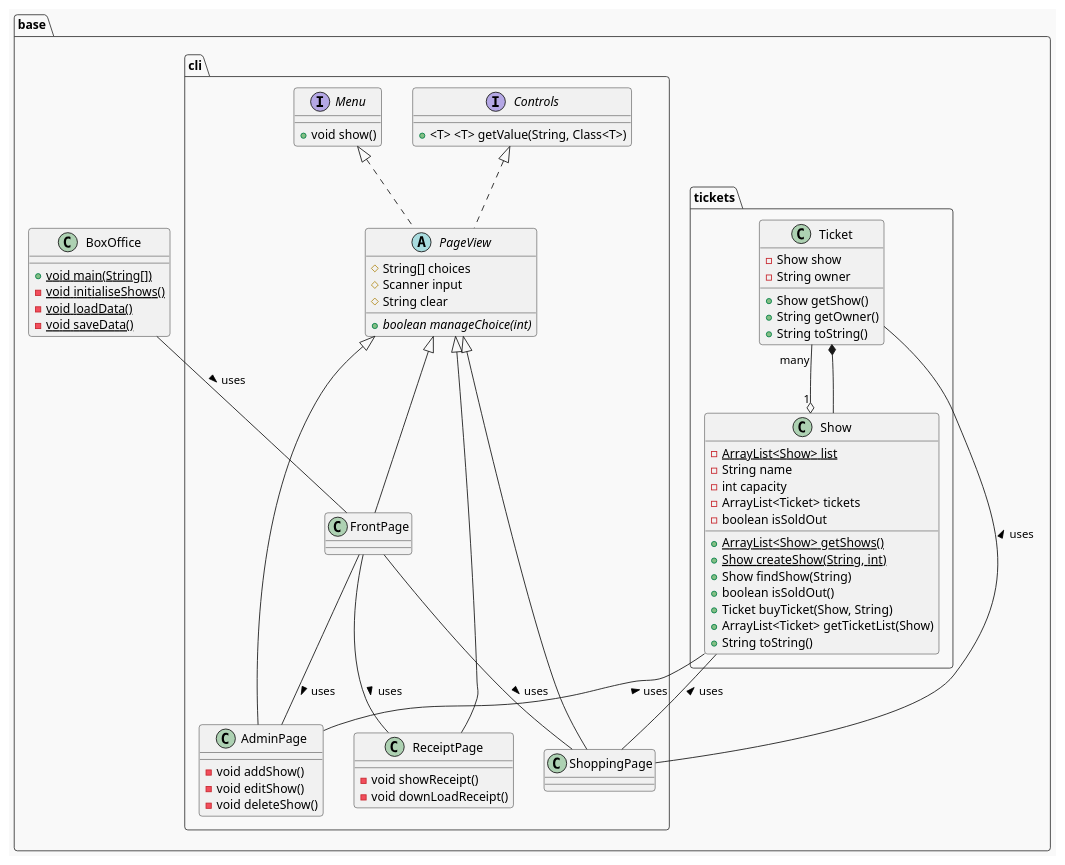
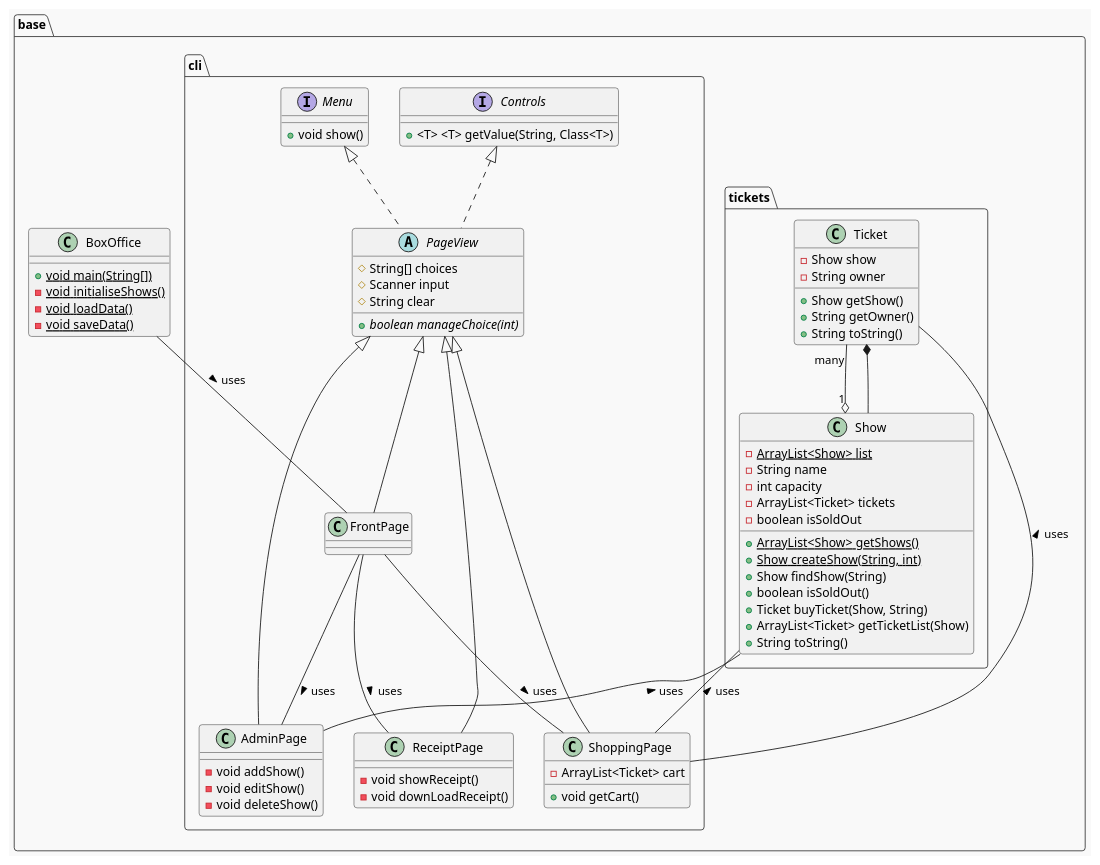
One commit to physcrowley/BoxOffice changed the diagram in structure.puml. Above: the diagram before and after it, drawn with PlantUML. The commit also changed 1 other file, not shown here.

Commit message:
added todo to ShoppingPage

```diff
--- a/structure.puml
+++ b/structure.puml
@@ -3,84 +3,87 @@
 @startuml structure
 
 /' https://plantuml.com/fr/theme
 favoris : mars, plain, amiga, crt-green, sketchy '/
 !theme mars
 
 /' https://plantuml.com/fr/class-diagram '/
 
 /' objets '/
 package base {
     package base.cli {
 
         interface Controls {
             + <T> <T> getValue(String, Class<T>)
         }
         interface Menu{
             + void show()
         }
         abstract class PageView implements Menu, Controls {
             # String[] choices 
             # Scanner input
             # String clear
             + {abstract} boolean manageChoice(int)
         }
         class FrontPage extends PageView
         class AdminPage extends PageView {
             - void addShow()
             - void editShow()
             - void deleteShow()
         }
-        class ShoppingPage extends PageView
+        class ShoppingPage extends PageView {
+            - ArrayList<Ticket> cart
+            + void getCart()
+        }
         class ReceiptPage extends PageView {
             - void showReceipt()
             - void downLoadReceipt()
         }
 
         FrontPage -- AdminPage : > uses
         FrontPage -- ShoppingPage : > uses
         FrontPage -- ReceiptPage : > uses
 
     }
 
     package base.tickets {
         class Ticket {
             - Show show
             - String owner
             + Show getShow()
             + String getOwner()
             + String toString()
         }
         class Show {
             - {static} ArrayList<Show> list
             - String name
             - int capacity
             - ArrayList<Ticket> tickets
             - boolean isSoldOut
             + {static} ArrayList<Show> getShows()
             + {static} Show createShow(String, int)
             + Show findShow(String)
             + boolean isSoldOut()
             + Ticket buyTicket(Show, String)
             + ArrayList<Ticket> getTicketList(Show)
             + String toString()
         }
 
         Ticket "many" --o "1"  Show
         Ticket *-- Show
     }
 
     class BoxOffice {
         + {static} void main(String[])
         - {static} void initialiseShows()
         - {static} void loadData()
         - {static} void saveData()
     }
 
     BoxOffice -- FrontPage : > uses
     Show -- AdminPage : < uses
     Show -- ShoppingPage : < uses
     Ticket -- ShoppingPage : < uses
 
 }
 
 @enduml
```
